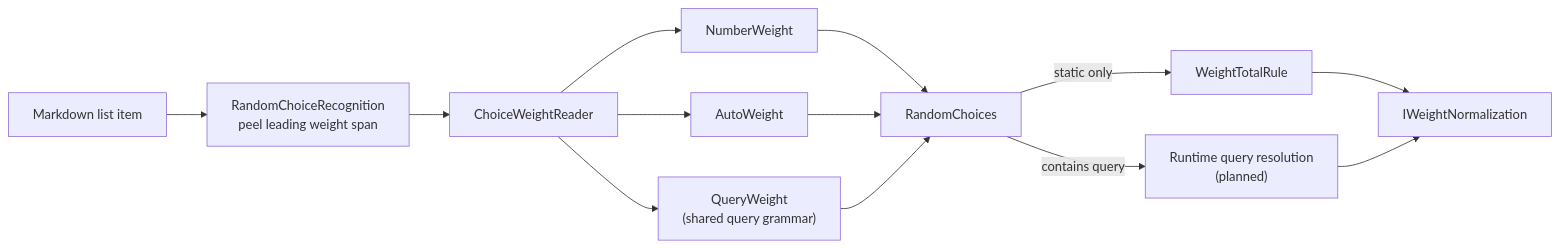
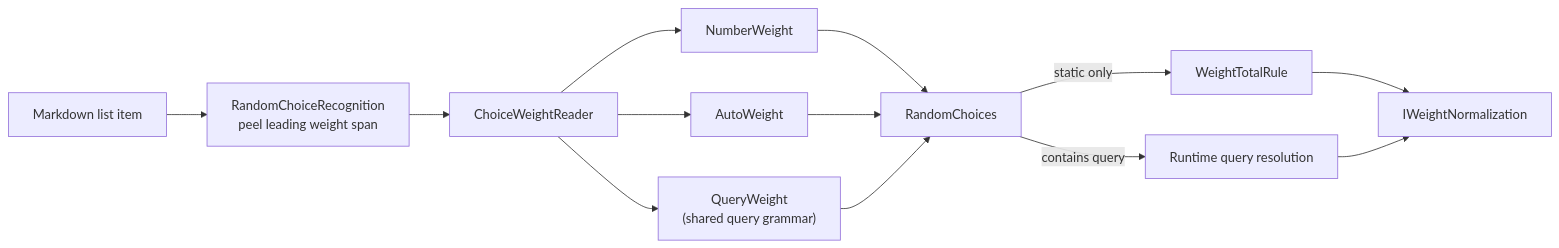
The diagram in docs/contributing/design-notes/language/Random Choice.md (pengzhengyi/dialoguedown), drawn with Mermaid before and after one commit. The commit also changed other lines of this file and 124 other files, not shown here.

````diff
--- a/docs/contributing/design-notes/language/Random Choice.md
+++ b/docs/contributing/design-notes/language/Random Choice.md
@@ -232,15 +205,15 @@
 ```mermaid
 flowchart LR
     LI["Markdown list item"] --> Recognize["RandomChoiceRecognition<br/>peel leading weight span"]
     Recognize --> Read["ChoiceWeightReader"]
     Read --> NW["NumberWeight"]
     Read --> AW["AutoWeight"]
     Read --> QW["QueryWeight<br/>(shared query grammar)"]
     NW --> RC["RandomChoices"]
     AW --> RC
     QW --> RC
     RC -->|static only| Rule["WeightTotalRule"]
-    RC -->|contains query| Runtime["Runtime query resolution<br/>(planned)"]
+    RC -->|contains query| Runtime["Runtime query resolution"]
     Rule --> Norm["IWeightNormalization"]
     Runtime --> Norm
 ```
````
